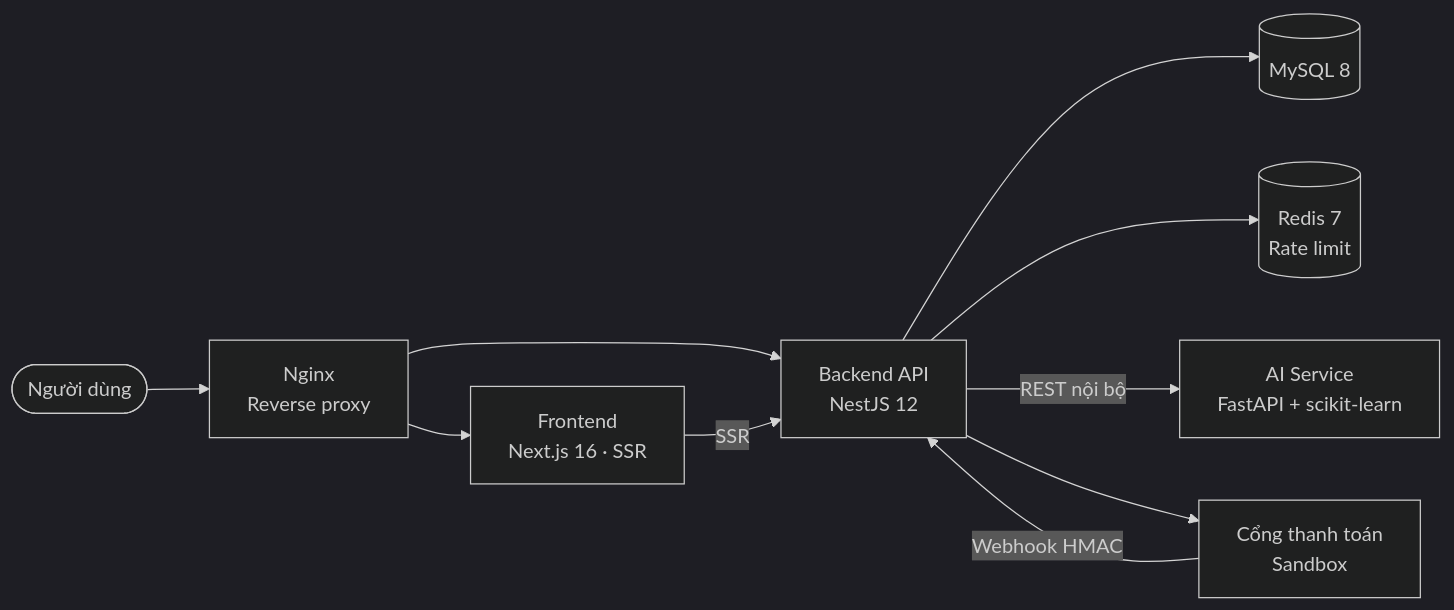
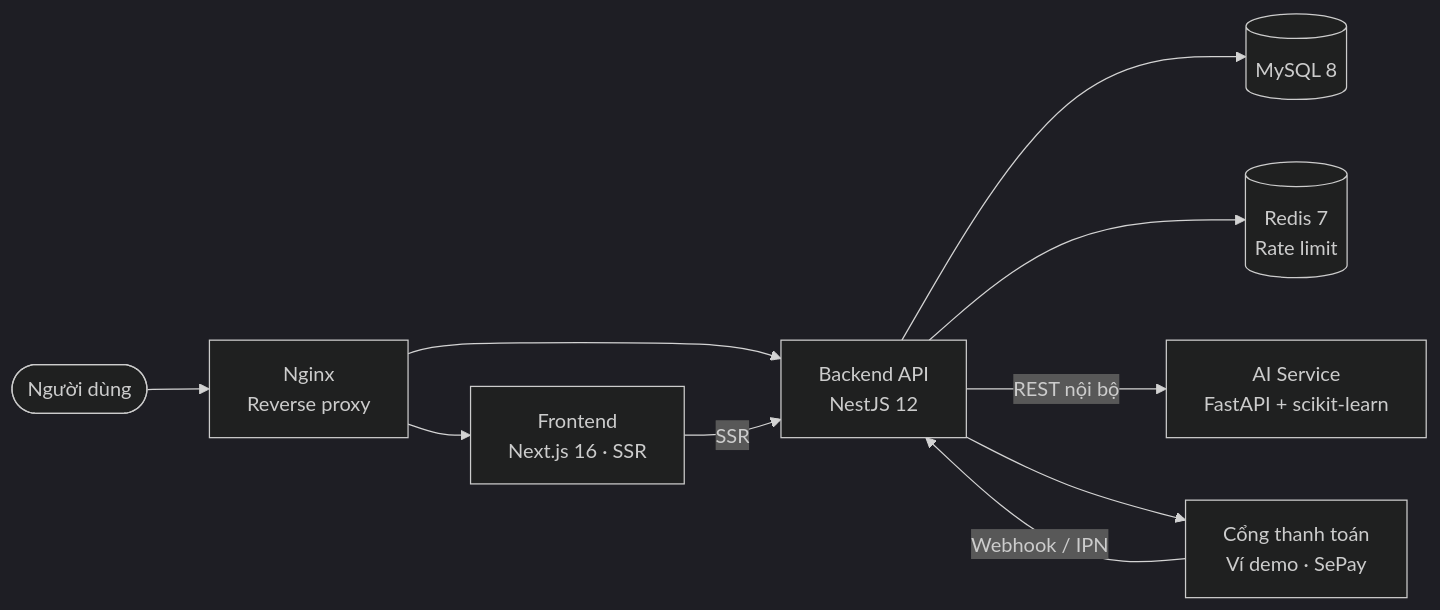
Before and after one commit to nhanhuutran007/DATN_2627_Website: the fourth of 4 diagrams in README.md, drawn with Mermaid (dark theme). The commit also changed other lines of this file and 1 other file, not shown here.

Commit message:
docs: document SePay setup and refresh README sections

````diff
--- a/README.md
+++ b/README.md
@@ -261,12 +261,12 @@
 ```mermaid
 flowchart LR
     U([Người dùng]) --> NG[Nginx<br/>Reverse proxy]
     NG --> FE[Frontend<br/>Next.js 16 · SSR]
     NG --> BE[Backend API<br/>NestJS 12]
     FE -- SSR --> BE
     BE --> DB[(MySQL 8)]
     BE --> RD[(Redis 7<br/>Rate limit)]
     BE -- REST nội bộ --> AI[AI Service<br/>FastAPI + scikit-learn]
-    BE --> PAY[Cổng thanh toán<br/>Sandbox]
-    PAY -- Webhook HMAC --> BE
+    BE --> PAY[Cổng thanh toán<br/>Ví demo · SePay]
+    PAY -- Webhook / IPN --> BE
 ```
````
